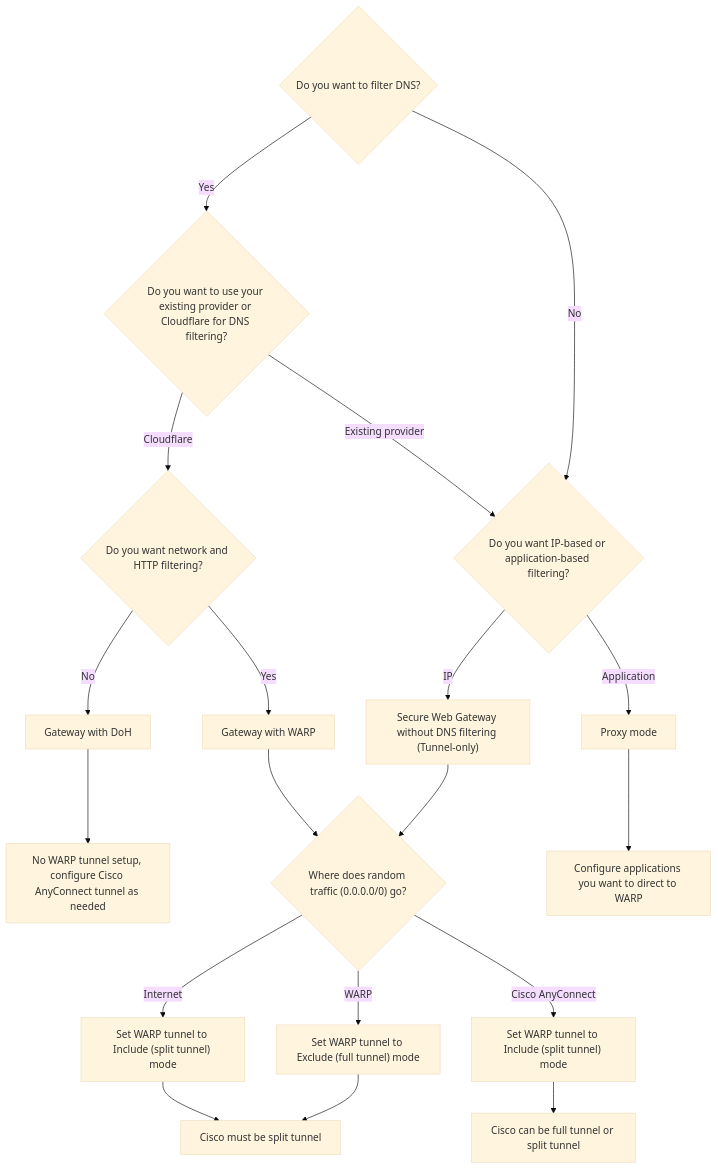
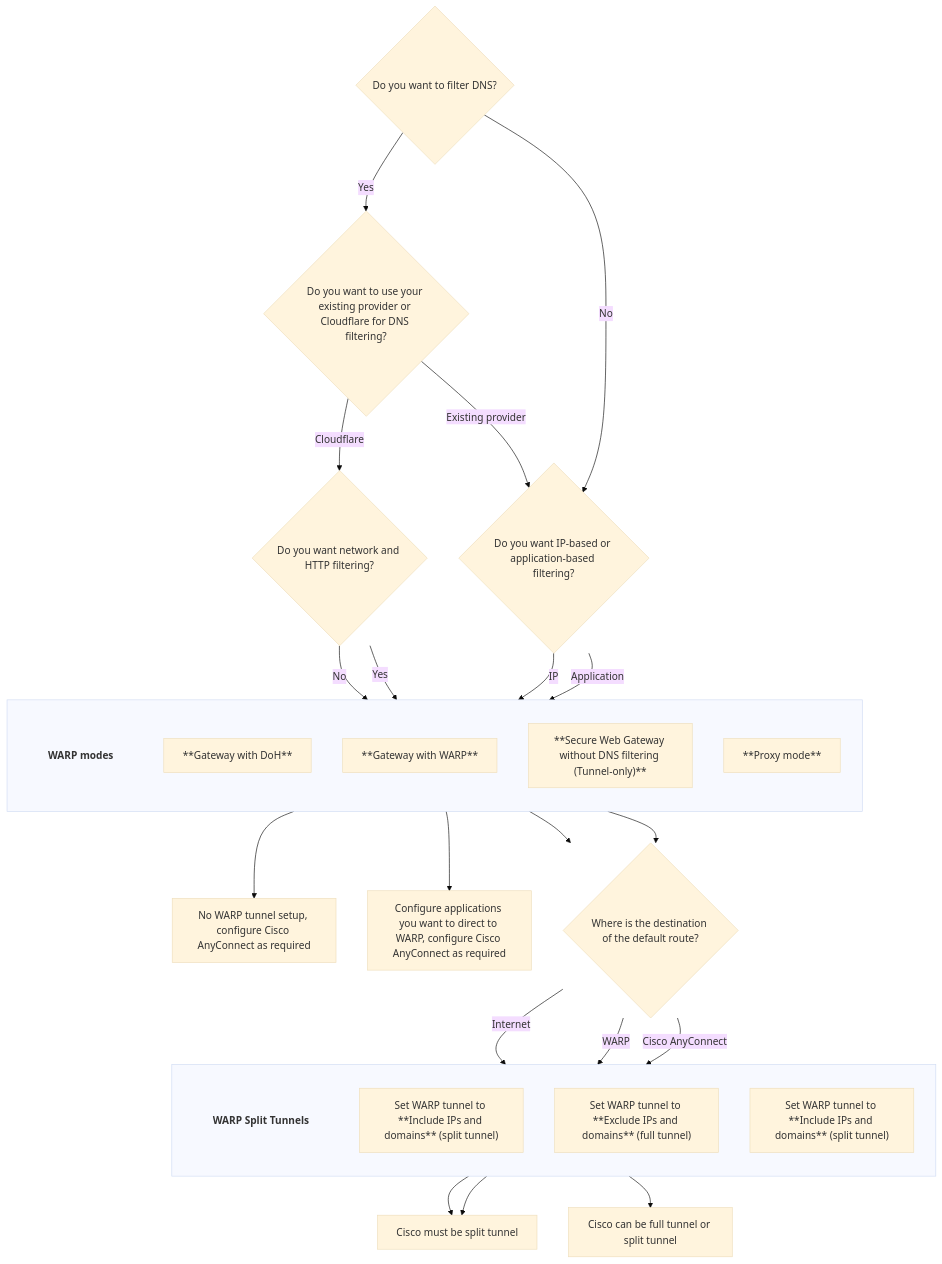
Before and after one commit to cloudflare/cloudflare-docs: the diagram in src/content/docs/cloudflare-one/team-and-resources/devices/warp/deployment/cisco.mdx, drawn with Mermaid (base theme). The commit also changed other lines of this file and 3 other files, not shown here.

````diff
--- a/src/content/docs/cloudflare-one/team-and-resources/devices/warp/deployment/cisco.mdx
+++ b/src/content/docs/cloudflare-one/team-and-resources/devices/warp/deployment/cisco.mdx
@@ -91,35 +64,57 @@
 ```mermaid
 flowchart TD
     A{"Do you want to filter DNS?"}
 
     A -- Yes --> B{"Do you want to use your existing provider or Cloudflare for DNS filtering?"}
     A -- No --> C{"Do you want IP-based or application-based filtering?"}
 
     B -- Cloudflare --> D{"Do you want network and HTTP filtering?"}
     B -- Existing provider --> C
 
-    D -- No --> E["Gateway with DoH"]
-    D -- Yes --> F["Gateway with WARP"]
+    %% WARP modes (internal label)
+    subgraph WM[" "]
+        direction TB
+        WMLabel["WARP modes"]:::sgLabel
+        E["**Gateway with DoH**"]
+        F["**Gateway with WARP**"]
+        G["**Secure Web Gateway without DNS filtering (Tunnel-only)**"]
+        H["**Proxy mode**"]
+    end
 
-    E --> E1["No WARP tunnel setup, configure Cisco AnyConnect tunnel as needed"]
+    D -- No --> E
+    D -- Yes --> F
 
-    C -- IP --> G["Secure Web Gateway without DNS filtering (Tunnel-only)"]
-    C -- Application --> H["Proxy mode"]
+    E --> E1["No WARP tunnel setup, configure Cisco AnyConnect as required"]
 
-    H --> H1["Configure applications you want to direct to WARP"]
+    C -- IP --> G
+    C -- Application --> H
+
+    H --> H1["Configure applications you want to direct to WARP, configure Cisco AnyConnect as required"]
 
     %% Routing decision applies when WARP tunnel is active
-    F --> I{"Where does random traffic (0.0.0.0/0) go?"}
+    F --> I{"Where is the destination of the default route?"}
     G --> I
 
-    I -- Internet --> J["Set WARP tunnel to Include (split tunnel) mode"]
-    I -- WARP --> K["Set WARP tunnel to Exclude (full tunnel) mode"]
+    %% WARP Split Tunnels (internal label)
+    subgraph ST[" "]
+        direction TB
+        STLabel["WARP Split Tunnels"]:::sgLabel
+        J["Set WARP tunnel to **Include IPs and domains** (split tunnel)"]
+        K["Set WARP tunnel to **Exclude IPs and domains** (full tunnel)"]
+        L["Set WARP tunnel to **Include IPs and domains** (split tunnel)"]
+    end
+
+    I -- Internet --> J
+    I -- WARP --> K
+    I -- Cisco AnyConnect --> L
 
     %% Shared constraint
     J --> S["Cisco must be split tunnel"]
     K --> S
 
-    I -- Cisco AnyConnect --> L["Set WARP tunnel to Include (split tunnel) mode"]
     L --> L1["Cisco can be full tunnel or split tunnel"]
 
+    %% Styling
+    classDef sgLabel font-weight:bold,stroke:none,fill:none;
+
 ```
````
